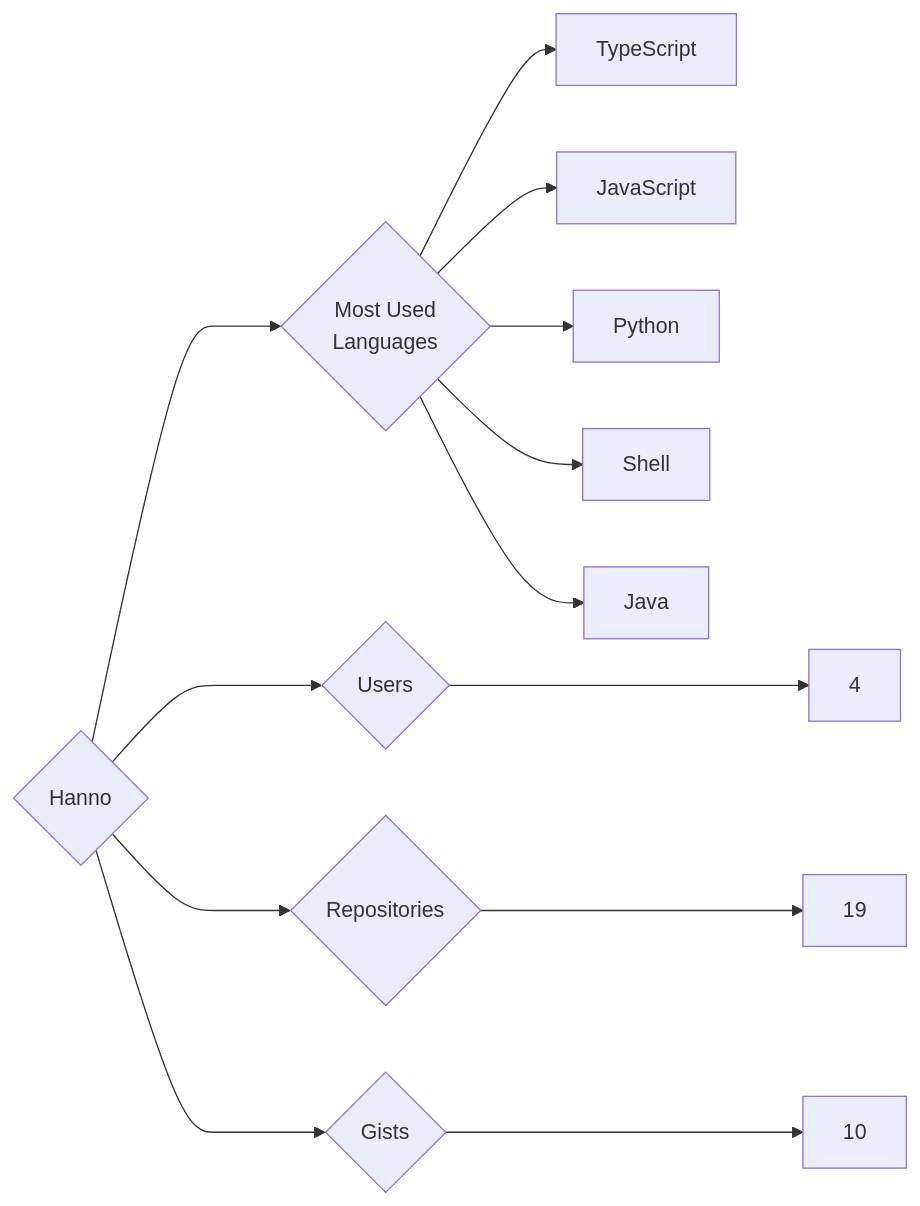
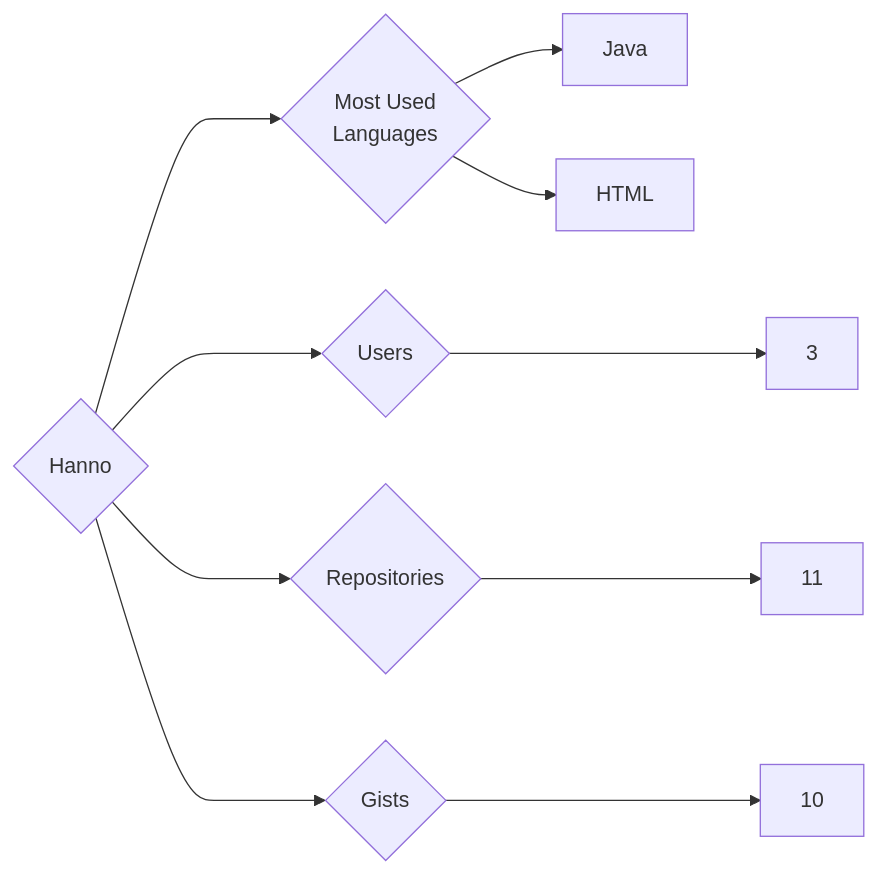
Before and after one commit to trickest/insiders: the diagram in targets/Hanno/README.md, drawn with Mermaid. The commit also changed 611 other files, not shown here.

````diff
--- a/targets/Hanno/README.md
+++ b/targets/Hanno/README.md
@@ -3,13 +3,10 @@
 ```mermaid
 graph LR
 COMPANY_NAME{Hanno}
-COMPANY_NAME ---> U{Users} ---> UN[4]
-COMPANY_NAME ---> R{Repositories} ---> RN[19]
+COMPANY_NAME ---> U{Users} ---> UN[3]
+COMPANY_NAME ---> R{Repositories} ---> RN[11]
 COMPANY_NAME ---> G{Gists} ---> GN[10]
 COMPANY_NAME ---> ML{Most Used<br>Languages}
-ML --> TypeScript[TypeScript]
-ML --> JavaScript[JavaScript]
-ML --> Python[Python]
-ML --> Shell[Shell]
 ML --> Java[Java]
+ML --> HTML[HTML]
 ```
````
